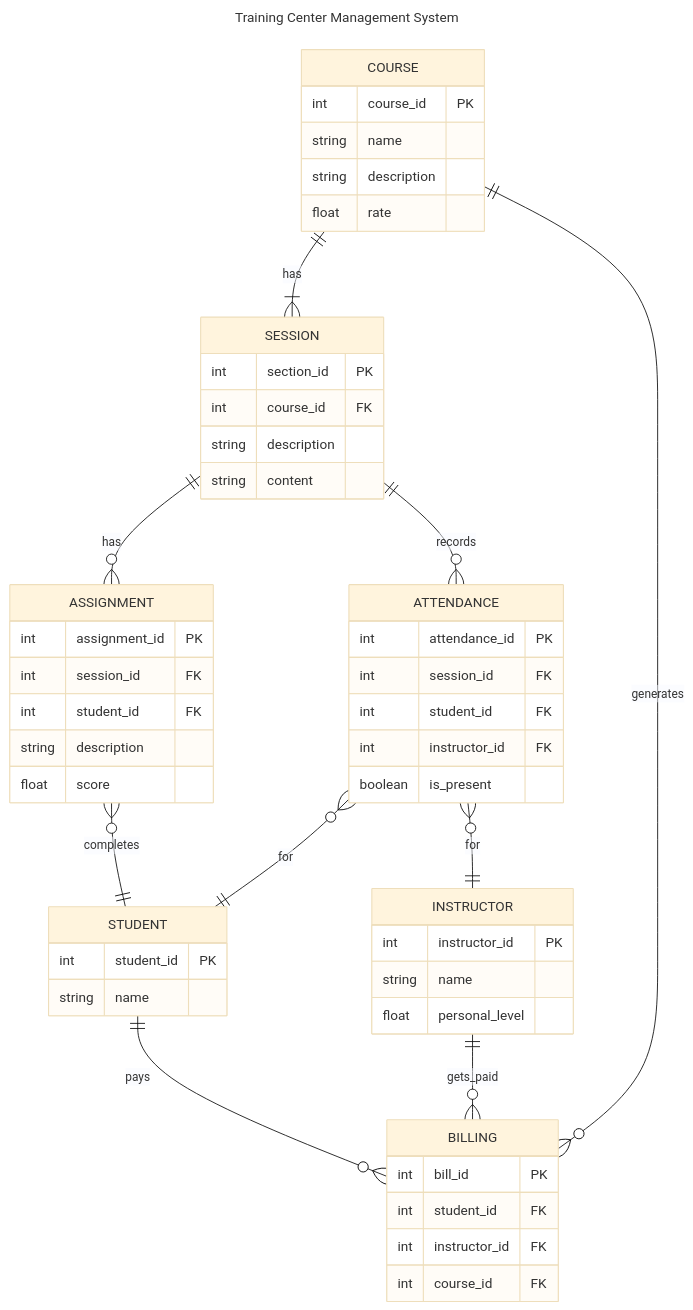
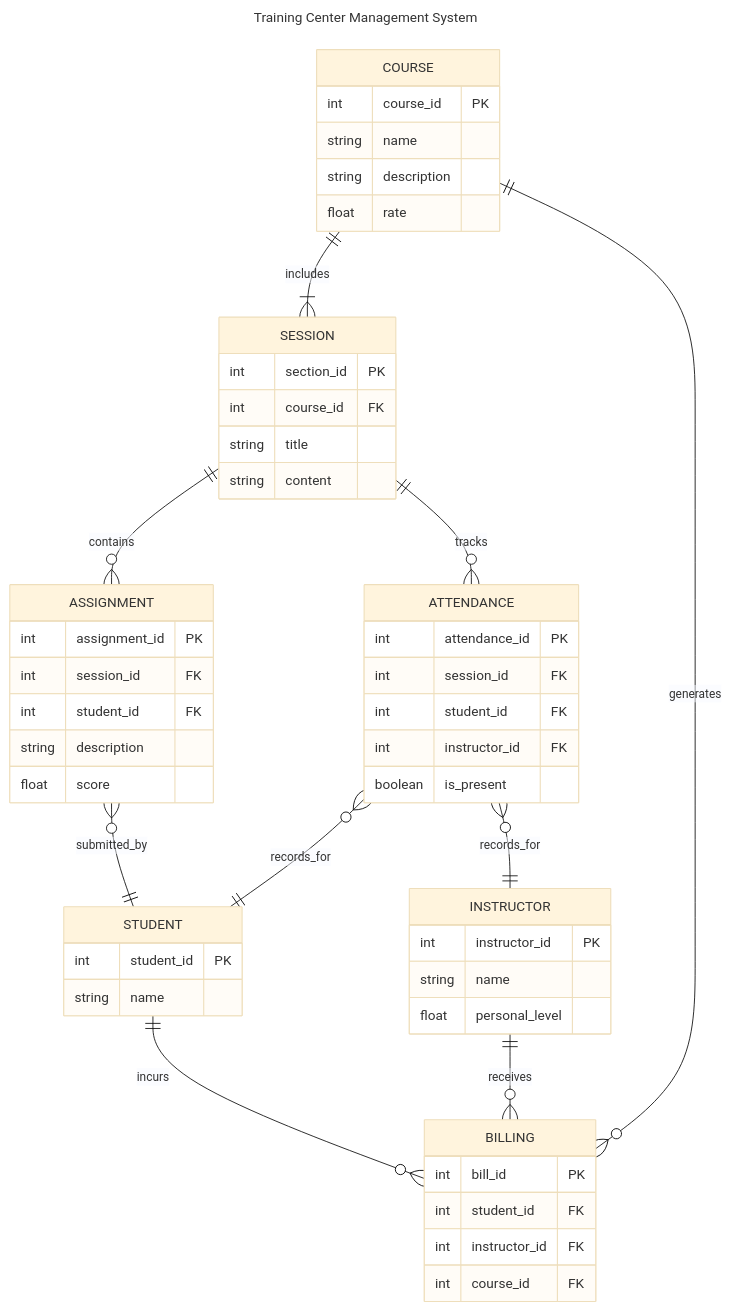
Before and after one commit to SadNguyen2107/Training-Center-Management-System: the diagram in README.md, drawn with Mermaid (base theme). The commit also changed 1 other file, not shown here.

Commit message:
Update README verbin diagram

````diff
--- a/README.md
+++ b/README.md
@@ -25,64 +25,64 @@
 ```mermaid
 ---
 title: Training Center Management System
 ---
 erDiagram
     COURSE {
         int course_id PK
         string name
         string description
         float rate
     }
 
     SESSION {
         int section_id PK
         int course_id FK
-        string description
+        string title
         string content
     }
 
     STUDENT {
         int student_id PK
         string name
     }
 
     INSTRUCTOR {
         int instructor_id PK
         string name
         float personal_level
     }
 
     ASSIGNMENT {
         int assignment_id PK
         int session_id FK
         int student_id FK
         string description
         float score
     }
 
     BILLING {
         int bill_id PK
         int student_id FK
         int instructor_id FK
         int course_id FK
     }
 
     ATTENDANCE {
         int attendance_id PK
         int session_id FK
         int student_id FK
         int instructor_id FK
         boolean is_present
     }
 
-    COURSE ||--|{ SESSION : has
-    SESSION ||--o{ ASSIGNMENT : has
-    SESSION ||--o{ ATTENDANCE : records
-    ATTENDANCE }o--|| STUDENT : for
-    ATTENDANCE }o--|| INSTRUCTOR : for
-    ASSIGNMENT }o--|| STUDENT : completes
-    
-    STUDENT ||--o{ BILLING : pays
-    INSTRUCTOR ||--o{ BILLING : gets_paid
+    COURSE ||--|{ SESSION : includes
+    SESSION ||--o{ ASSIGNMENT : contains
+    SESSION ||--o{ ATTENDANCE : tracks
+    ATTENDANCE }o--|| STUDENT : records_for
+    ATTENDANCE }o--|| INSTRUCTOR : records_for
+    ASSIGNMENT }o--|| STUDENT : submitted_by
+
+    STUDENT ||--o{ BILLING : incurs
+    INSTRUCTOR ||--o{ BILLING : receives
     COURSE ||--o{ BILLING : generates
 ```
````
